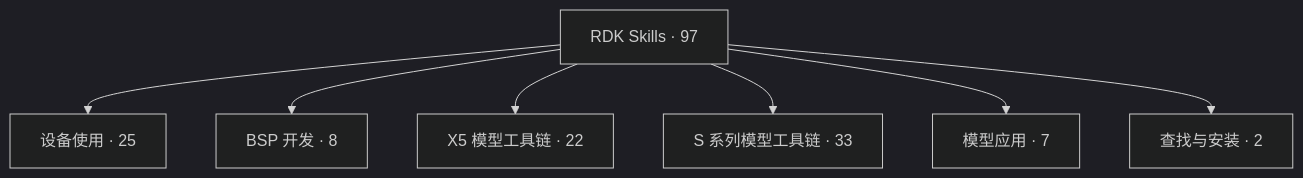
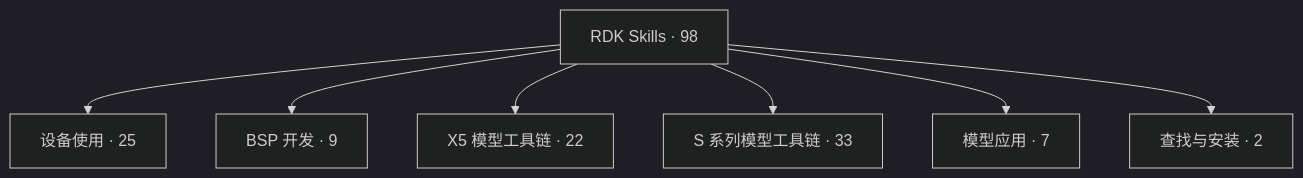
Before and after one commit to D-Robotics/rdk-skills: the first of 2 diagrams in README_cn.md, drawn with Mermaid (dark theme). The commit also changed other lines of this file and 25 other files, not shown here.

````diff
--- a/README_cn.md
+++ b/README_cn.md
@@ -22,16 +22,16 @@
 ```mermaid
 flowchart TB
-    hub["RDK Skills · 97"]
+    hub["RDK Skills · 98"]
     hub --> device["设备使用 · 25"]
     click device "docs/SKILL-MAP.md#device" "Open skill map"
-    hub --> bsp["BSP 开发 · 8"]
+    hub --> bsp["BSP 开发 · 9"]
     click bsp "docs/SKILL-MAP.md#bsp" "Open skill map"
     hub --> x5["X5 模型工具链 · 22"]
     click x5 "docs/SKILL-MAP.md#x5" "Open skill map"
     hub --> s["S 系列模型工具链 · 33"]
     click s "docs/SKILL-MAP.md#s" "Open skill map"
     hub --> zoo["模型应用 · 7"]
     click zoo "docs/SKILL-MAP.md#zoo" "Open skill map"
     hub --> discovery["查找与安装 · 2"]
     click discovery "docs/SKILL-MAP.md#hub" "Open skill map"
 ```
````
